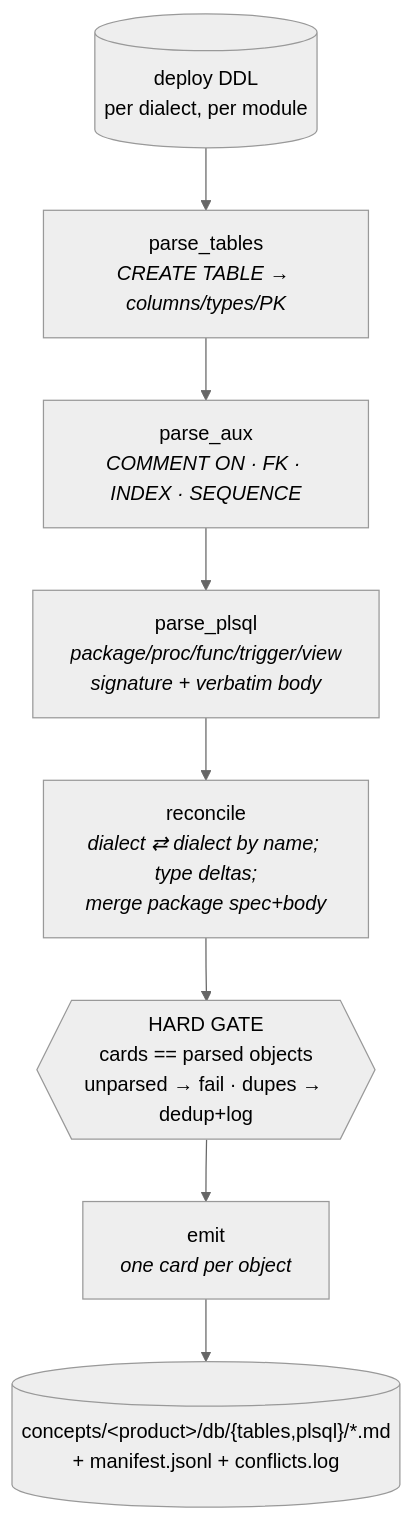
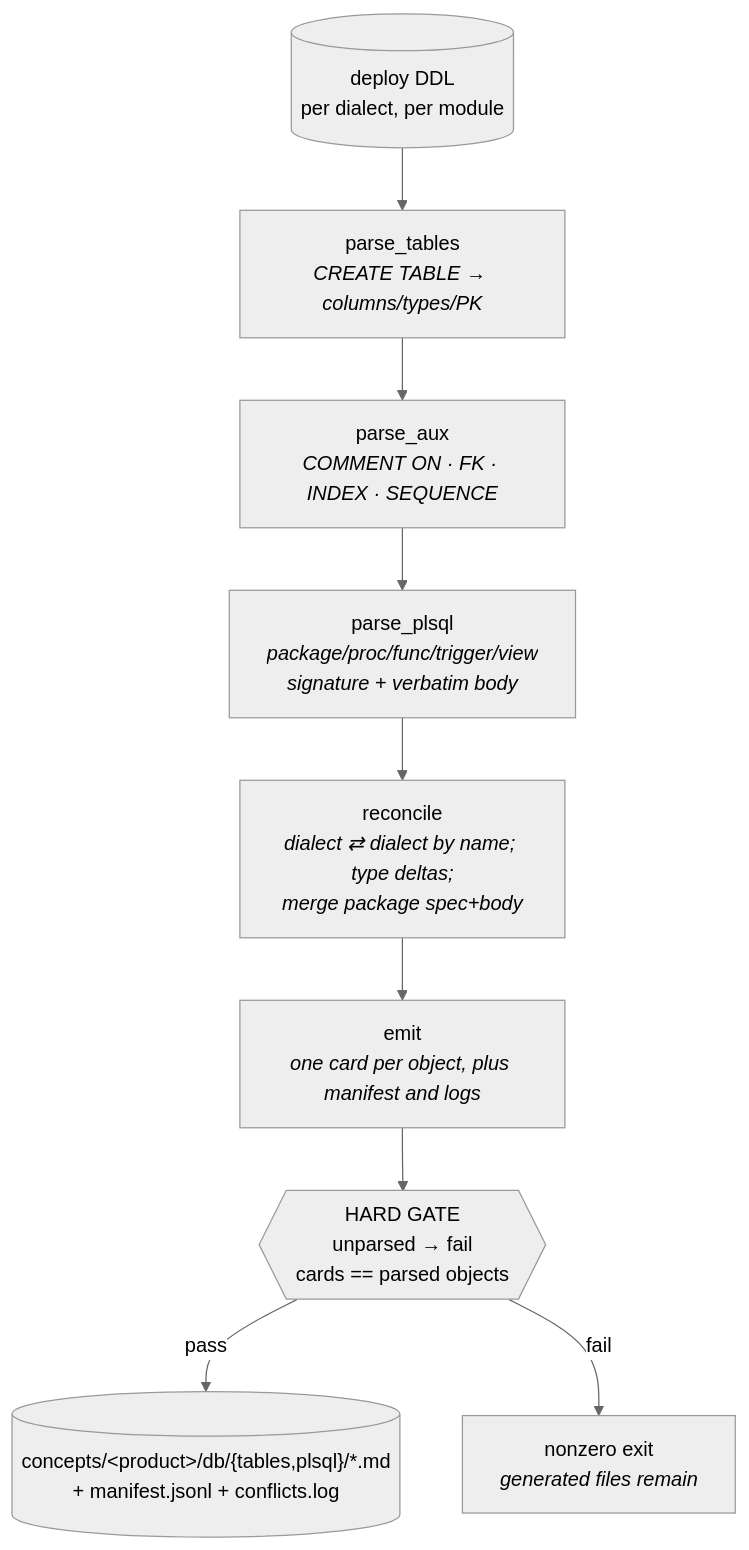
One commit to voyagerforge-dev/hive-intelligence changed the sixth of 11 diagrams in docs/concepts/pipeline.md. Above: the diagram before and after it, drawn with Mermaid (neutral theme). The commit also changed other lines of this file and 6 other files, not shown here.

First line of the commit message:
docs: convert remaining plain-text figures to Mermaid (#16)

````diff
--- a/docs/concepts/pipeline.md
+++ b/docs/concepts/pipeline.md
@@ -353,11 +360,12 @@
 ```mermaid
 flowchart TD
     ddl[("deploy DDL<br/>per dialect, per module")]
     ddl --> pt["parse_tables<br/><i>CREATE TABLE → columns/types/PK</i>"]
     pt --> aux["parse_aux<br/><i>COMMENT ON · FK · INDEX · SEQUENCE</i>"]
     aux --> pl["parse_plsql<br/><i>package/proc/func/trigger/view<br/>signature + verbatim body</i>"]
     pl --> rec["reconcile<br/><i>dialect ⇄ dialect by name; type deltas;<br/>merge package spec+body</i>"]
-    rec --> gate{{"HARD GATE<br/>cards == parsed objects<br/>unparsed → fail · dupes → dedup+log"}}
-    gate --> emit["emit<br/><i>one card per object</i>"]
-    emit --> out[("concepts/&lt;product&gt;/db/{tables,plsql}/*.md<br/>+ manifest.jsonl + conflicts.log")]
+    rec --> emit["emit<br/><i>one card per object, plus manifest and logs</i>"]
+    emit --> gate{{"HARD GATE<br/>unparsed → fail<br/>cards == parsed objects"}}
+    gate -->|pass| out[("concepts/&lt;product&gt;/db/{tables,plsql}/*.md<br/>+ manifest.jsonl + conflicts.log")]
+    gate -->|fail| failed["nonzero exit<br/><i>generated files remain</i>"]
 ```
````
